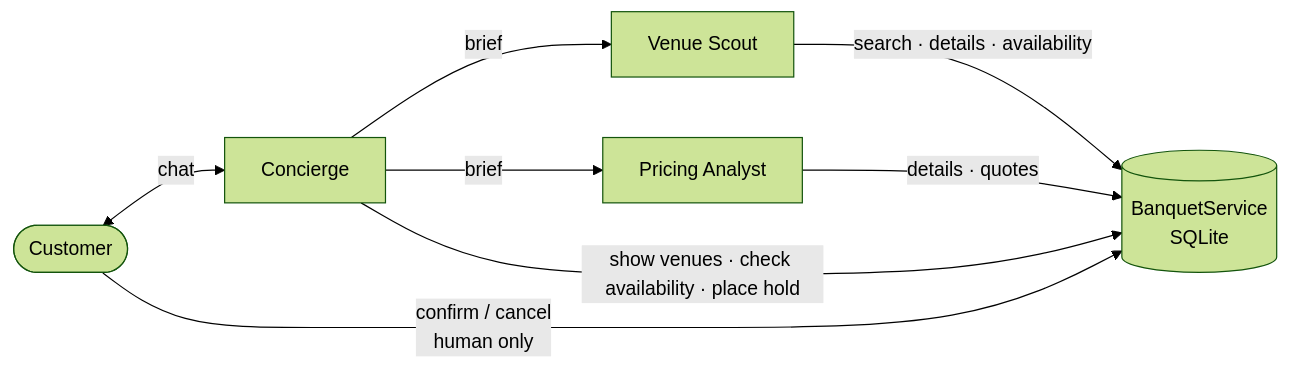
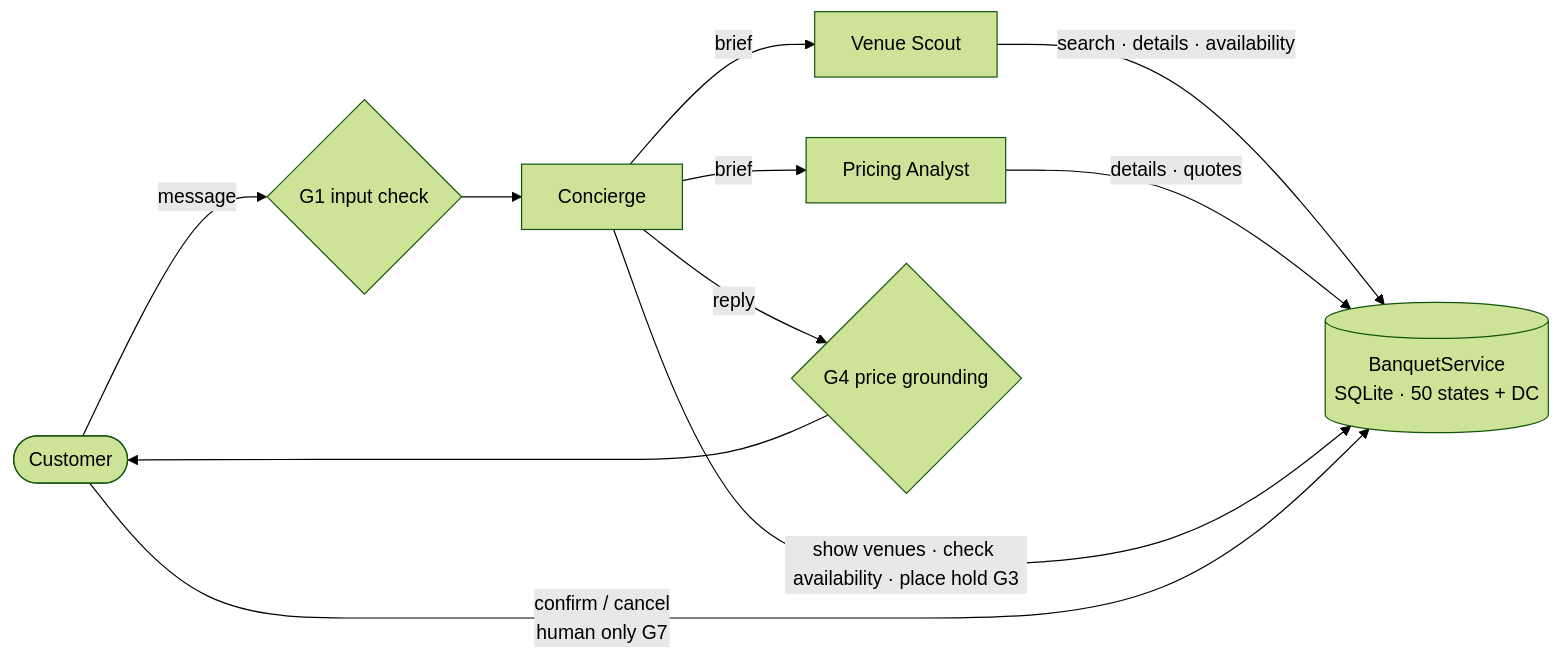
The diagram in README.md (emitby/OpenTable-for-Banquet-Halls-Using-Agentic-Workflows), drawn with Mermaid (forest theme) before and after one commit. The commit also changed other lines of this file and 44 other files, not shown here.

````diff
--- a/README.md
+++ b/README.md
@@ -33,10 +38,13 @@
 ```mermaid
 flowchart LR
-    C([Customer]) <-->|chat| CON[Concierge]
+    C([Customer]) -->|message| G1{G1 input check}
+    G1 --> CON[Concierge]
     CON -->|brief| SC[Venue Scout]
     CON -->|brief| PA[Pricing Analyst]
-    SC -->|search · details · availability| DB[(BanquetService<br/>SQLite)]
+    SC -->|search · details · availability| DB[(BanquetService<br/>SQLite · 50 states + DC)]
     PA -->|details · quotes| DB
-    CON -->|show venues · check availability · place hold| DB
-    C -->|confirm / cancel<br/>human only| DB
+    CON -->|show venues · check availability · place hold G3| DB
+    CON -->|reply| G4{G4 price grounding}
+    G4 --> C
+    C -->|confirm / cancel<br/>human only G7| DB
 ```
````
